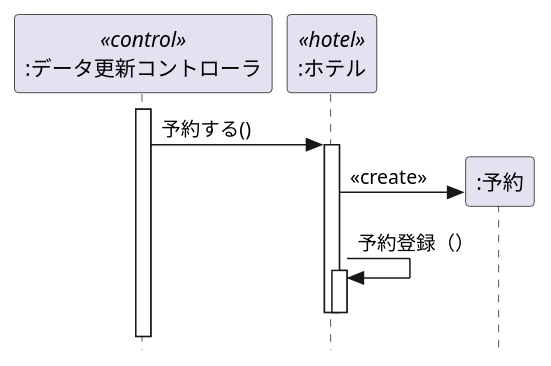
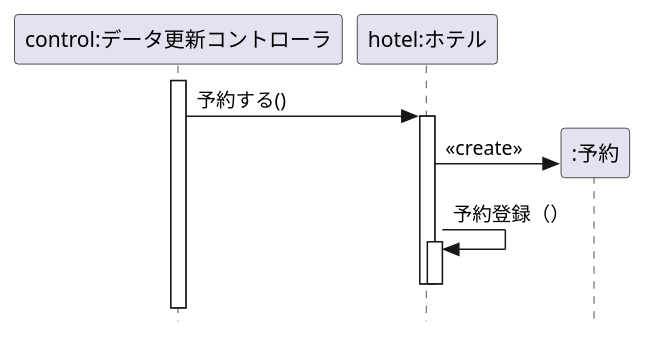
One commit to hosokawa3217/uml-exercises changed the diagram in 演習4-3_SD_商品情報検索.pu. Above: the diagram before and after it, drawn with PlantUML. The commit also changed 13 other files, not shown here.

```diff
--- a/演習4-3_SD_商品情報検索.pu
+++ b/演習4-3_SD_商品情報検索.pu
@@ -1,20 +1,20 @@
 @startuml
 hide footbox
 skinparam style strictuml /' 厳密なUMLに準拠する '/
 
-participant ":データ更新コントローラ" as control <<control>>
-participant ":ホテル" as hotel <<hotel>>
+participant "control:データ更新コントローラ" as control
+participant "hotel:ホテル" as hotel
 
 activate control
 control -> hotel : 予約する()
 create ":予約" as yoyaku
 activate hotel
 hotel -> yoyaku : <<create>>
   hotel -> hotel : 予約登録（）
   activate hotel
   deactivate hotel
 
 deactivate hotel
 
 
 @enduml
```
